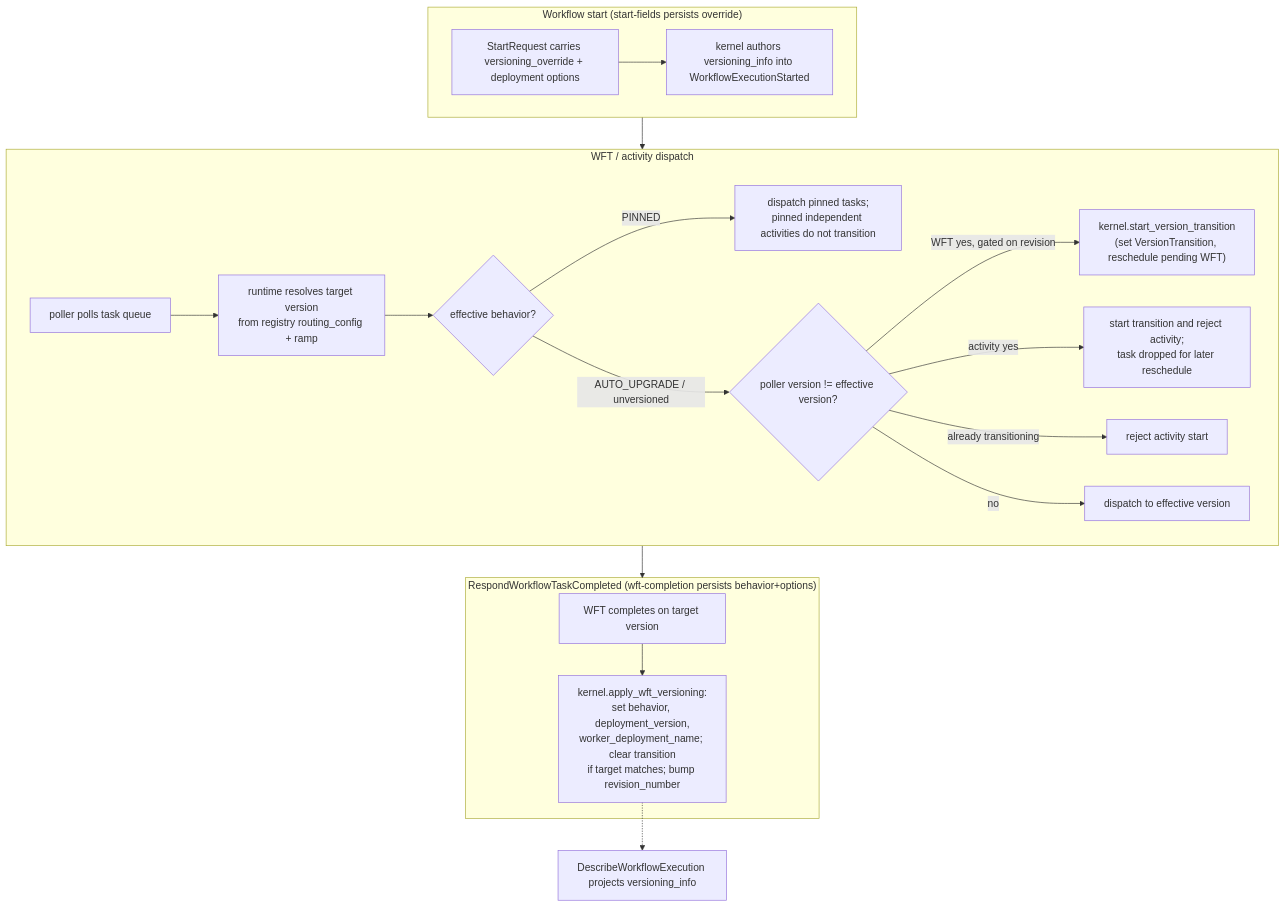
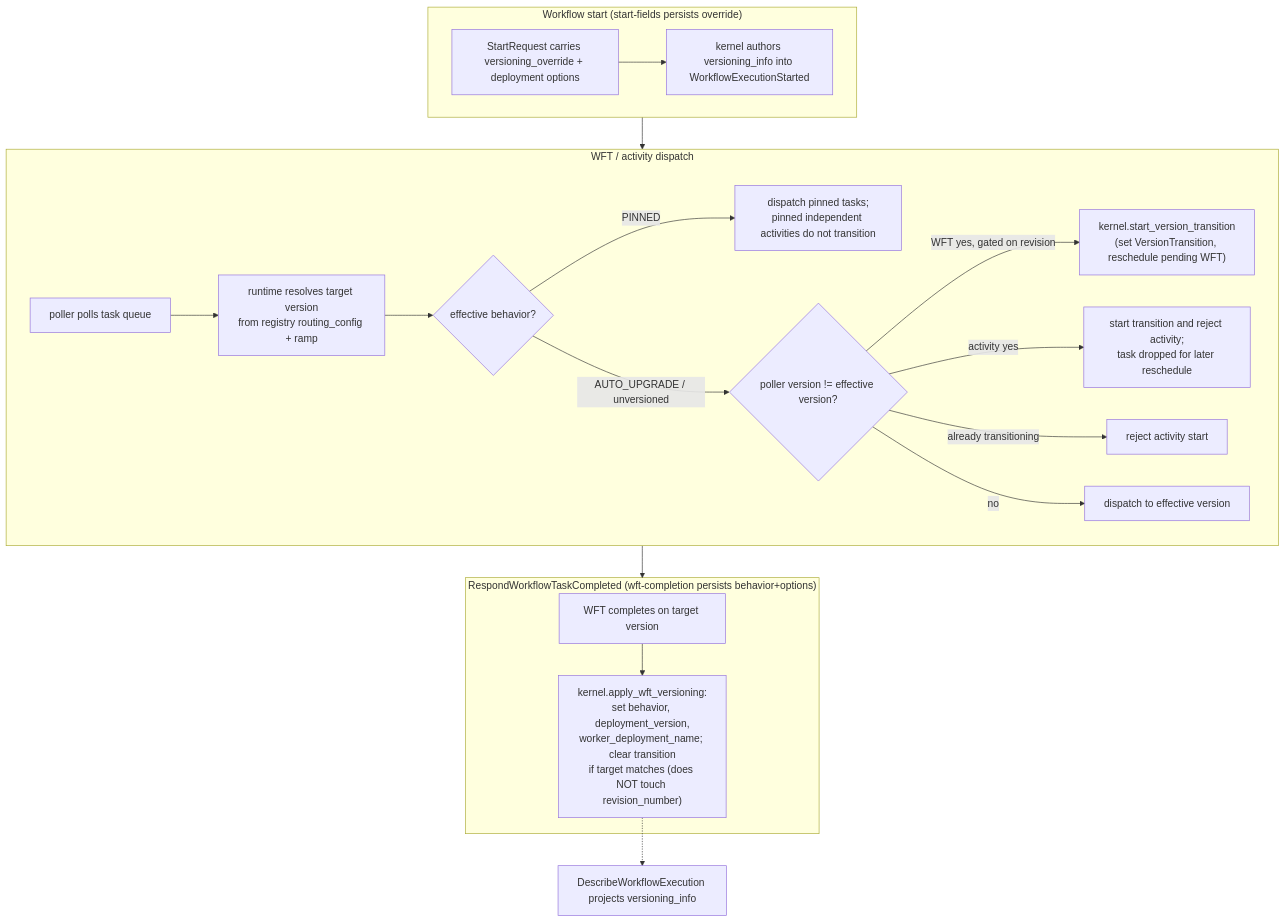
The second of 2 diagrams in .kiro/specs/worker-deployments/design.md (tokeira/tokeira), drawn with Mermaid before and after one commit. The commit also changed other lines of this file and 2 other files, not shown here.

First line of the commit message:
spec(worker-deployments): correct per-run revision_number contract

````diff
--- a/.kiro/specs/worker-deployments/design.md
+++ b/.kiro/specs/worker-deployments/design.md
@@ -129,21 +129,21 @@
 ```mermaid
 flowchart TD
     subgraph Start["Workflow start (start-fields persists override)"]
         S1["StartRequest carries versioning_override + deployment options"] --> S2["kernel authors versioning_info into WorkflowExecutionStarted"]
     end
     subgraph Dispatch["WFT / activity dispatch"]
         D1["poller polls task queue"] --> D2["runtime resolves target version<br/>from registry routing_config + ramp"]
         D2 --> D3{"effective behavior?"}
         D3 -->|PINNED| D4["dispatch pinned tasks;<br/>pinned independent activities do not transition"]
         D3 -->|AUTO_UPGRADE / unversioned| D5{"poller version != effective version?"}
         D5 -->|WFT yes, gated on revision| D6["kernel.start_version_transition<br/>(set VersionTransition, reschedule pending WFT)"]
         D5 -->|activity yes| D8["start transition and reject activity;<br/>task dropped for later reschedule"]
         D5 -->|already transitioning| D9["reject activity start"]
         D5 -->|no| D7["dispatch to effective version"]
     end
     subgraph Complete["RespondWorkflowTaskCompleted (wft-completion persists behavior+options)"]
-        C1["WFT completes on target version"] --> C2["kernel.apply_wft_versioning:<br/>set behavior, deployment_version,<br/>worker_deployment_name; clear transition<br/>if target matches; bump revision_number"]
+        C1["WFT completes on target version"] --> C2["kernel.apply_wft_versioning:<br/>set behavior, deployment_version,<br/>worker_deployment_name; clear transition<br/>if target matches (does NOT touch revision_number)"]
     end
     Start --> Dispatch --> Complete
     C2 -.-> Describe["DescribeWorkflowExecution projects versioning_info"]
 ```
````
